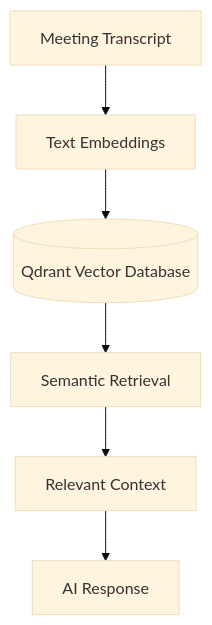
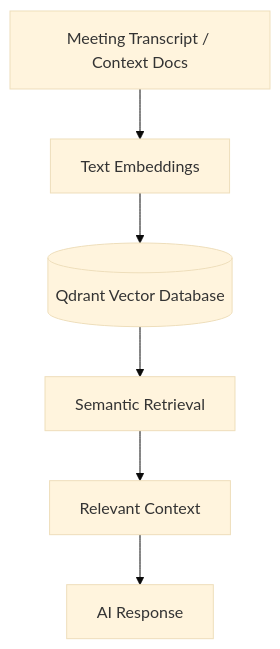
The first of 2 diagrams in README.md (darshan-gowdaa/MeetMaxxing), drawn with Mermaid (base theme) before and after one commit. The commit also changed other lines of this file, not shown here.

````diff
--- a/README.md
+++ b/README.md
@@ -164,8 +136,8 @@
 ```mermaid
 flowchart TD
-    A[Meeting Transcript] --> B[Text Embeddings]
+    A[Meeting Transcript / Context Docs] --> B[Text Embeddings]
     B --> C[(Qdrant Vector Database)]
     C --> D[Semantic Retrieval]
     D --> E[Relevant Context]
     E --> F[AI Response]
 ```
````
